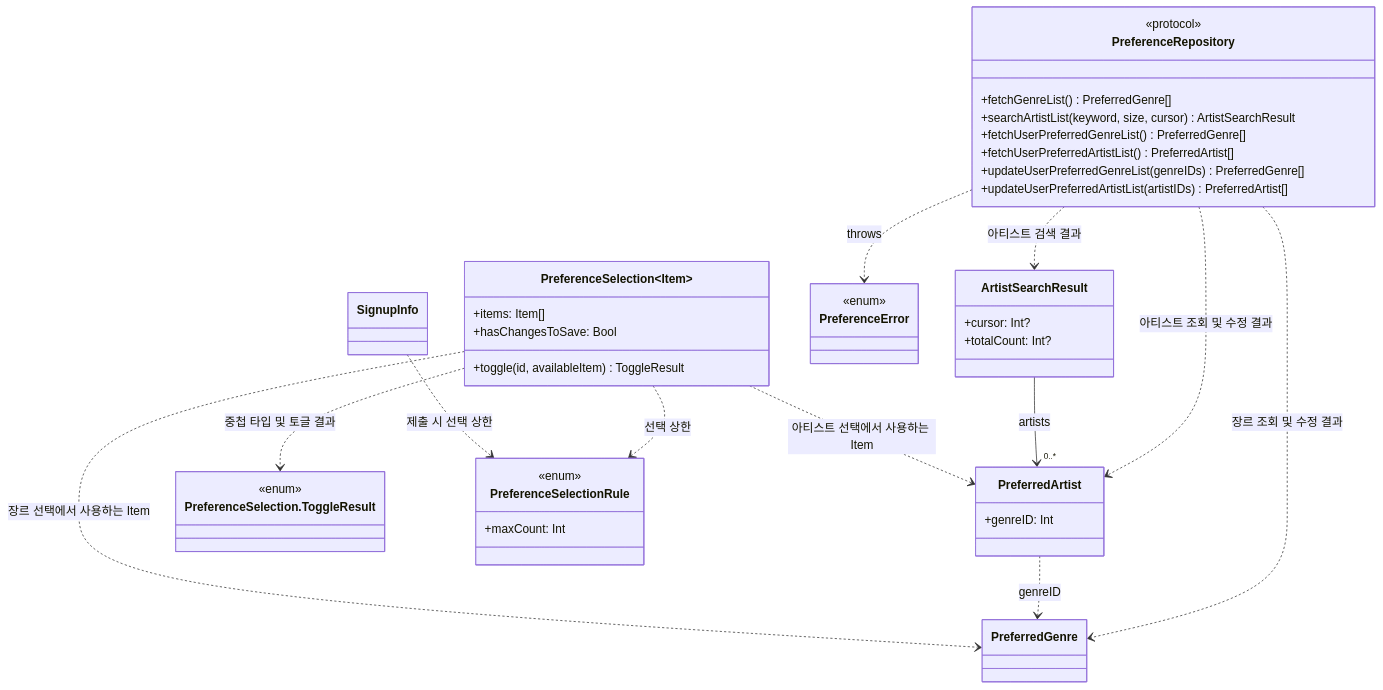
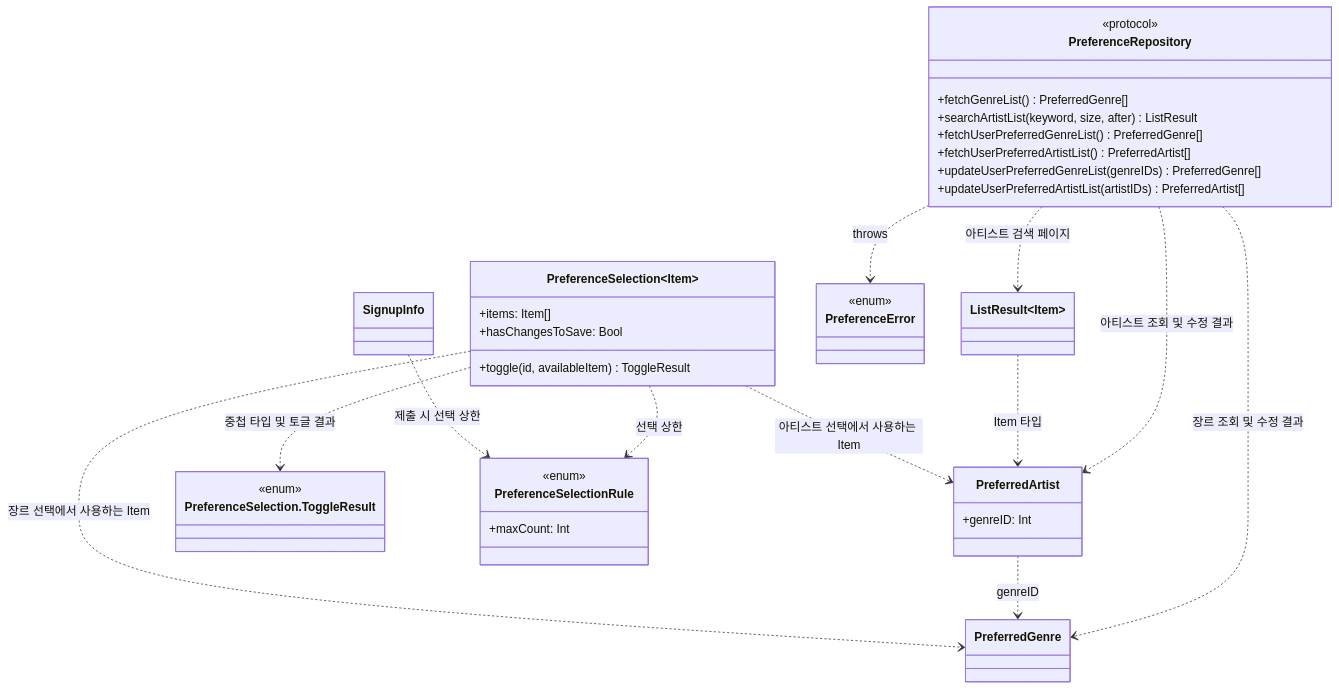
The seventh of 11 diagrams in Projects/Domain/README.md (mediunn/Livith-iOS), drawn with Mermaid before and after one commit. The commit also changed other lines of this file and 25 other files, not shown here.

````diff
--- a/Projects/Domain/README.md
+++ b/Projects/Domain/README.md
@@ -416,47 +418,44 @@
 ```mermaid
 classDiagram
     class PreferenceRepository {
         <<protocol>>
         +fetchGenreList() PreferredGenre[]
-        +searchArtistList(keyword, size, cursor) ArtistSearchResult
+        +searchArtistList(keyword, size, after) ListResult
         +fetchUserPreferredGenreList() PreferredGenre[]
         +fetchUserPreferredArtistList() PreferredArtist[]
         +updateUserPreferredGenreList(genreIDs) PreferredGenre[]
         +updateUserPreferredArtistList(artistIDs) PreferredArtist[]
     }
     class PreferredGenre
     class PreferredArtist {
         +genreID: Int
     }
-    class ArtistSearchResult {
-        +cursor: Int?
-        +totalCount: Int?
-    }
+    class ListResult~Item~
     class PreferenceSelection~Item~ {
         +items: Item[]
         +hasChangesToSave: Bool
         +toggle(id, availableItem) ToggleResult
     }
     class PreferenceToggleResult["PreferenceSelection.ToggleResult"]
     <<enum>> PreferenceToggleResult
     class PreferenceSelectionRule {
         <<enum>>
         +maxCount: Int
     }
     class PreferenceError {
         <<enum>>
     }
     class SignupInfo
 
     PreferenceRepository ..> PreferredGenre : 장르 조회 및 수정 결과
     PreferenceRepository ..> PreferredArtist : 아티스트 조회 및 수정 결과
-    PreferenceRepository ..> ArtistSearchResult : 아티스트 검색 결과
+    PreferenceRepository ..> ListResult : 아티스트 검색 페이지
     PreferenceRepository ..> PreferenceError : throws
-    ArtistSearchResult --> "0..*" PreferredArtist : artists
+    ListResult ..> PreferredArtist : Item 타입
     PreferredArtist ..> PreferredGenre : genreID
     PreferenceSelection ..> PreferredGenre : 장르 선택에서 사용하는 Item
     PreferenceSelection ..> PreferredArtist : 아티스트 선택에서 사용하는 Item
     PreferenceSelection ..> PreferenceToggleResult : 중첩 타입 및 토글 결과
     PreferenceSelection ..> PreferenceSelectionRule : 선택 상한
     SignupInfo ..> PreferenceSelectionRule : 제출 시 선택 상한
 ```
````
